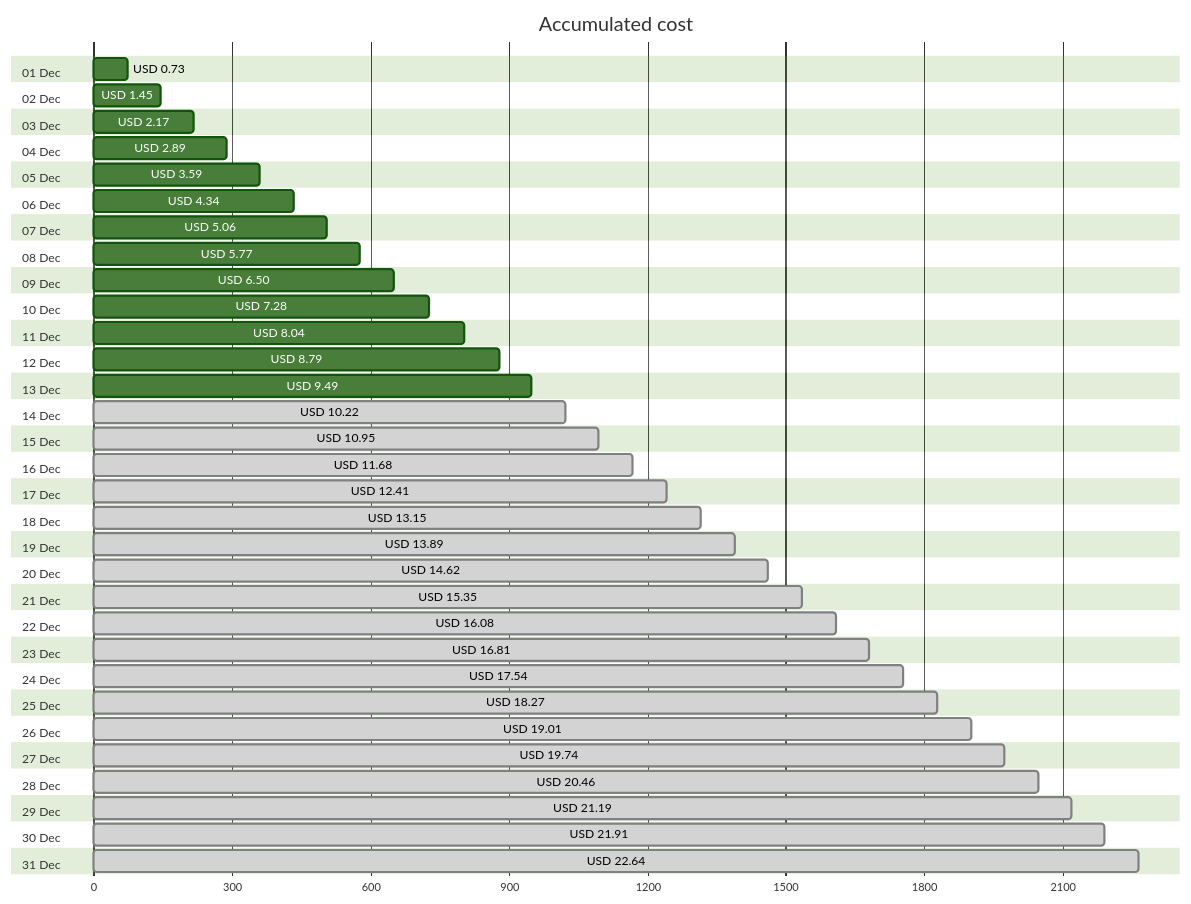
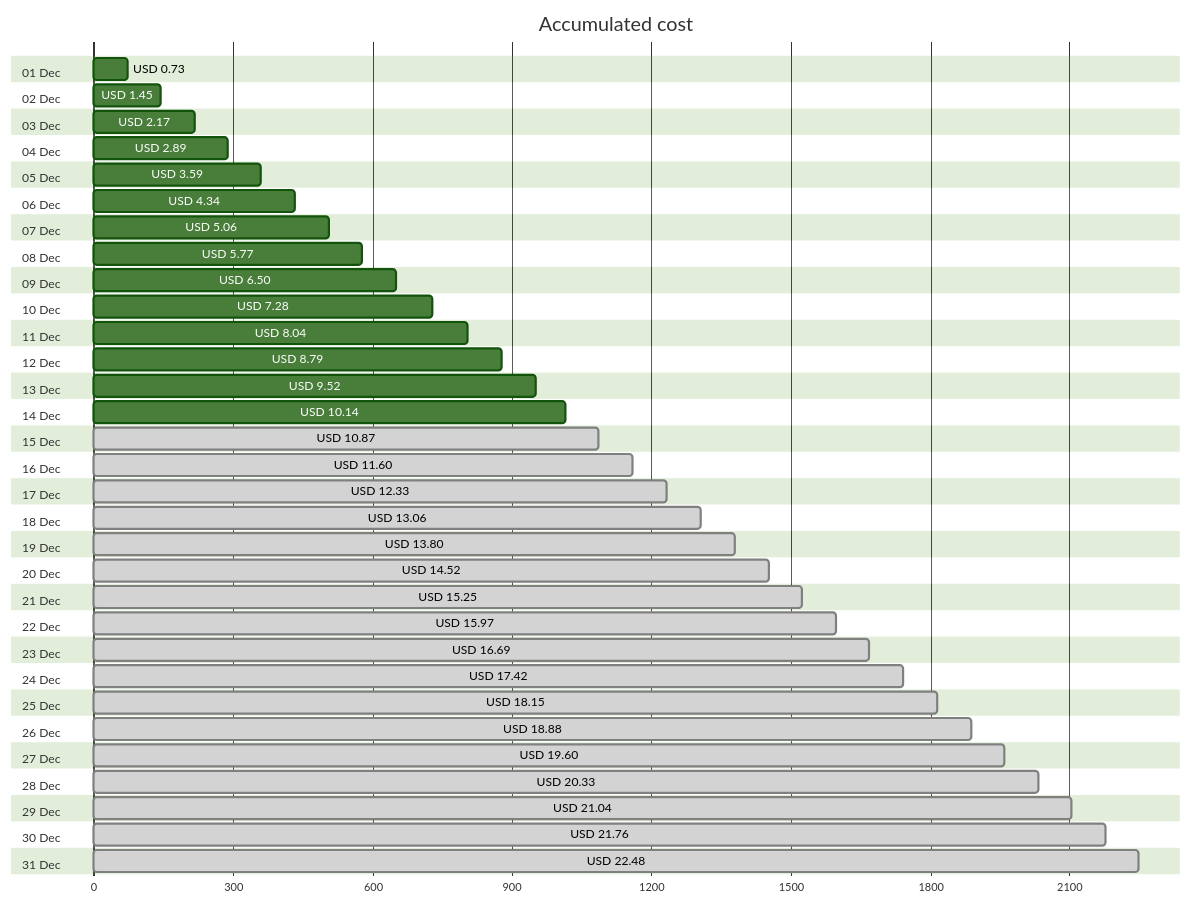
Before and after one commit to jpfulton/azure-personal-reports: the first of 4 diagrams in cost-reports/personal-network/backup-server-data-disk.md, drawn with Mermaid (forest theme). The commit also changed other lines of this file and 8 other files, not shown here.

````diff
--- a/cost-reports/personal-network/backup-server-data-disk.md
+++ b/cost-reports/personal-network/backup-server-data-disk.md
@@ -20,68 +20,68 @@
 ```mermaid
 gantt
    title Accumulated cost
    dateFormat  X
    axisFormat %s
    section 01 Dec
    USD 0.73 :0, 73
    section 02 Dec
    USD 1.45 :0, 145
    section 03 Dec
    USD 2.17 :0, 217
    section 04 Dec
    USD 2.89 :0, 289
    section 05 Dec
    USD 3.59 :0, 359
    section 06 Dec
    USD 4.34 :0, 434
    section 07 Dec
    USD 5.06 :0, 506
    section 08 Dec
    USD 5.77 :0, 577
    section 09 Dec
    USD 6.50 :0, 650
    section 10 Dec
    USD 7.28 :0, 728
    section 11 Dec
    USD 8.04 :0, 804
    section 12 Dec
    USD 8.79 :0, 879
    section 13 Dec
-   USD 9.49 :0, 949
+   USD 9.52 :0, 952
    section 14 Dec
-   USD 10.22 : done, 0, 1022
+   USD 10.14 :0, 1014
    section 15 Dec
-   USD 10.95 : done, 0, 1095
+   USD 10.87 : done, 0, 1087
    section 16 Dec
-   USD 11.68 : done, 0, 1168
+   USD 11.60 : done, 0, 1160
    section 17 Dec
-   USD 12.41 : done, 0, 1241
+   USD 12.33 : done, 0, 1233
    section 18 Dec
-   USD 13.15 : done, 0, 1315
+   USD 13.06 : done, 0, 1306
    section 19 Dec
-   USD 13.89 : done, 0, 1389
+   USD 13.80 : done, 0, 1380
    section 20 Dec
-   USD 14.62 : done, 0, 1462
+   USD 14.52 : done, 0, 1452
    section 21 Dec
-   USD 15.35 : done, 0, 1535
+   USD 15.25 : done, 0, 1525
    section 22 Dec
-   USD 16.08 : done, 0, 1608
+   USD 15.97 : done, 0, 1597
    section 23 Dec
-   USD 16.81 : done, 0, 1681
+   USD 16.69 : done, 0, 1669
    section 24 Dec
-   USD 17.54 : done, 0, 1754
+   USD 17.42 : done, 0, 1742
    section 25 Dec
-   USD 18.27 : done, 0, 1827
+   USD 18.15 : done, 0, 1815
    section 26 Dec
-   USD 19.01 : done, 0, 1901
+   USD 18.88 : done, 0, 1888
    section 27 Dec
-   USD 19.74 : done, 0, 1974
+   USD 19.60 : done, 0, 1960
    section 28 Dec
-   USD 20.46 : done, 0, 2046
+   USD 20.33 : done, 0, 2033
    section 29 Dec
-   USD 21.19 : done, 0, 2119
+   USD 21.04 : done, 0, 2104
    section 30 Dec
-   USD 21.91 : done, 0, 2191
+   USD 21.76 : done, 0, 2176
    section 31 Dec
-   USD 22.64 : done, 0, 2264
+   USD 22.48 : done, 0, 2248
 ```
````
